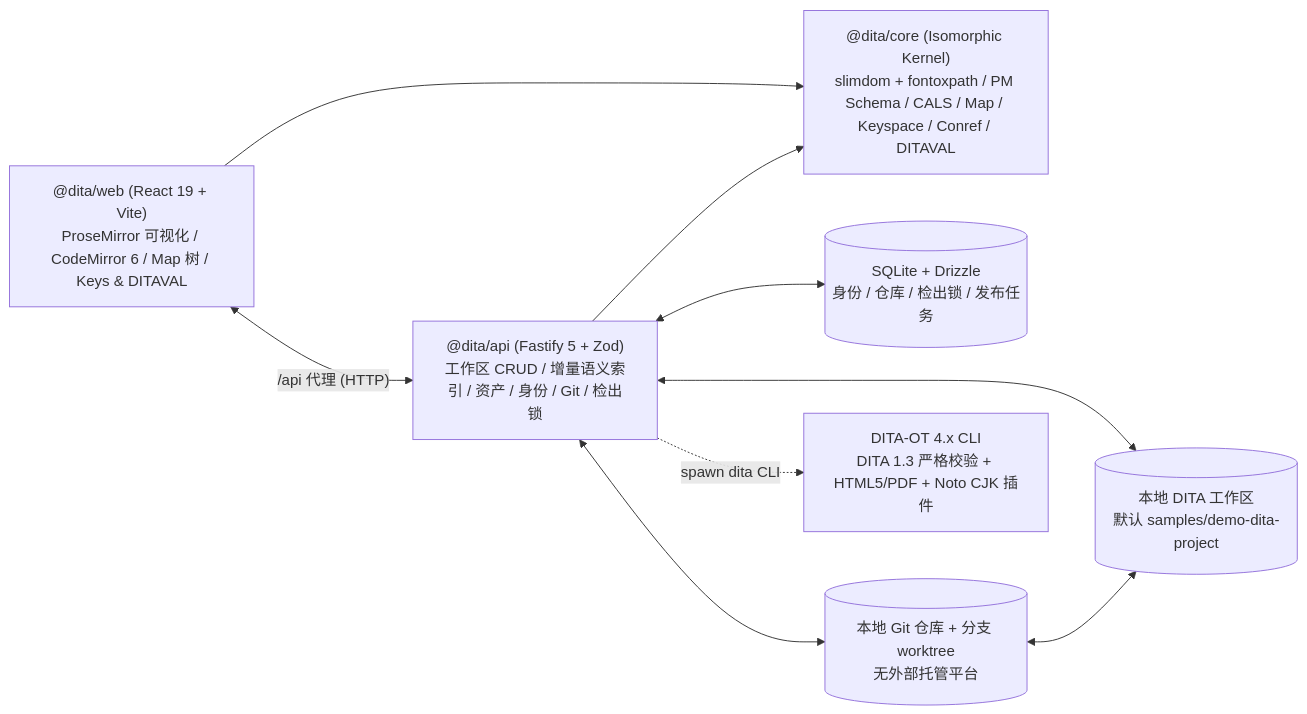
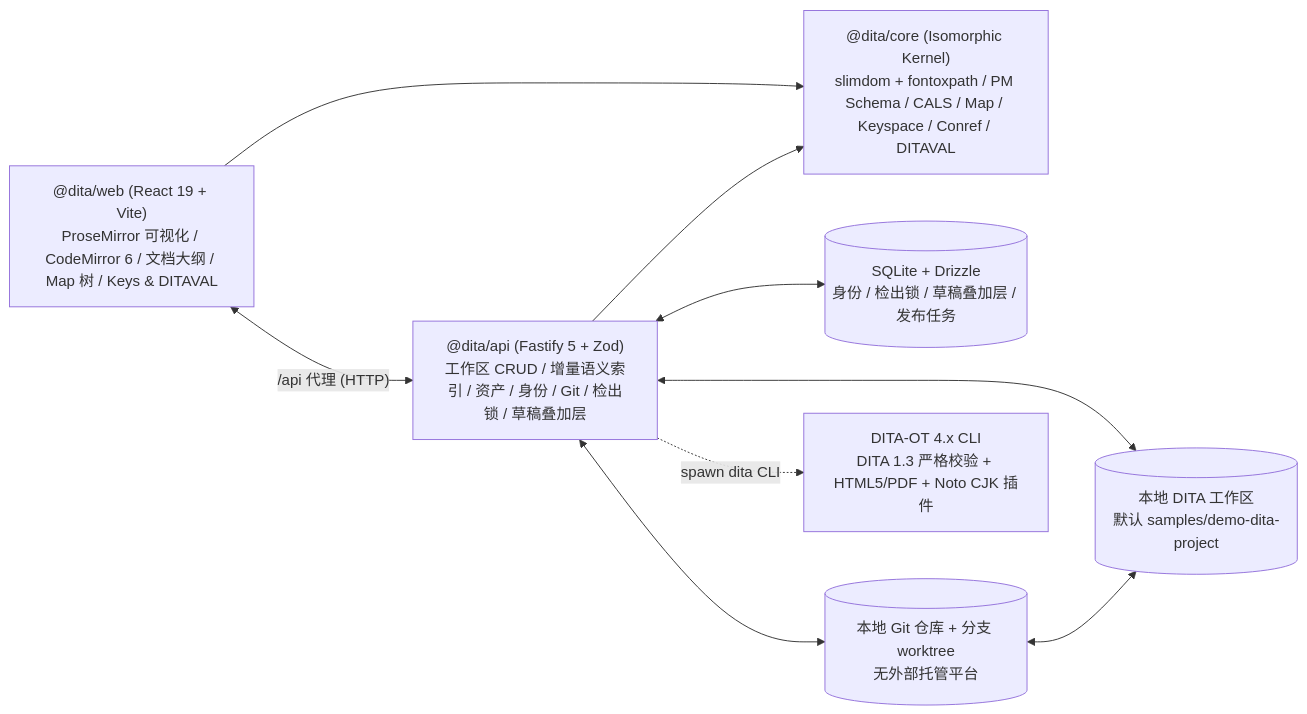
One commit to Ericfeng84/DITAEditor changed the diagram in README.md. Above: the diagram before and after it, drawn with Mermaid. The commit also changed other lines of this file and 9 other files, not shown here.

````diff
--- a/README.md
+++ b/README.md
@@ -237,19 +254,19 @@
 ```mermaid
 flowchart LR
-    Web["@dita/web (React 19 + Vite)<br/>ProseMirror 可视化 / CodeMirror 6 / Map 树 / Keys & DITAVAL"]
-    API["@dita/api (Fastify 5 + Zod)<br/>工作区 CRUD / 增量语义索引 / 资产 / 身份 / Git / 检出锁"]
+    Web["@dita/web (React 19 + Vite)<br/>ProseMirror 可视化 / CodeMirror 6 / 文档大纲 / Map 树 / Keys & DITAVAL"]
+    API["@dita/api (Fastify 5 + Zod)<br/>工作区 CRUD / 增量语义索引 / 资产 / 身份 / Git / 检出锁 / 草稿叠加层"]
     Core["@dita/core (Isomorphic Kernel)<br/>slimdom + fontoxpath / PM Schema / CALS / Map / Keyspace / Conref / DITAVAL"]
     FS[("本地 DITA 工作区<br/>默认 samples/demo-dita-project")]
-    DB[("SQLite + Drizzle<br/>身份 / 仓库 / 检出锁 / 发布任务")]
+    DB[("SQLite + Drizzle<br/>身份 / 检出锁 / 草稿叠加层 / 发布任务")]
     GIT[("本地 Git 仓库 + 分支 worktree<br/>无外部托管平台")]
     CLI["DITA-OT 4.x CLI<br/>DITA 1.3 严格校验 + HTML5/PDF + Noto CJK 插件"]
 
     Web <-->|"/api 代理 (HTTP)"| API
     Web --> Core
     API --> Core
     API <--> FS
     API <--> DB
     API <--> GIT
     GIT <--> FS
     API -.->|"spawn dita CLI"| CLI
 ```
````
